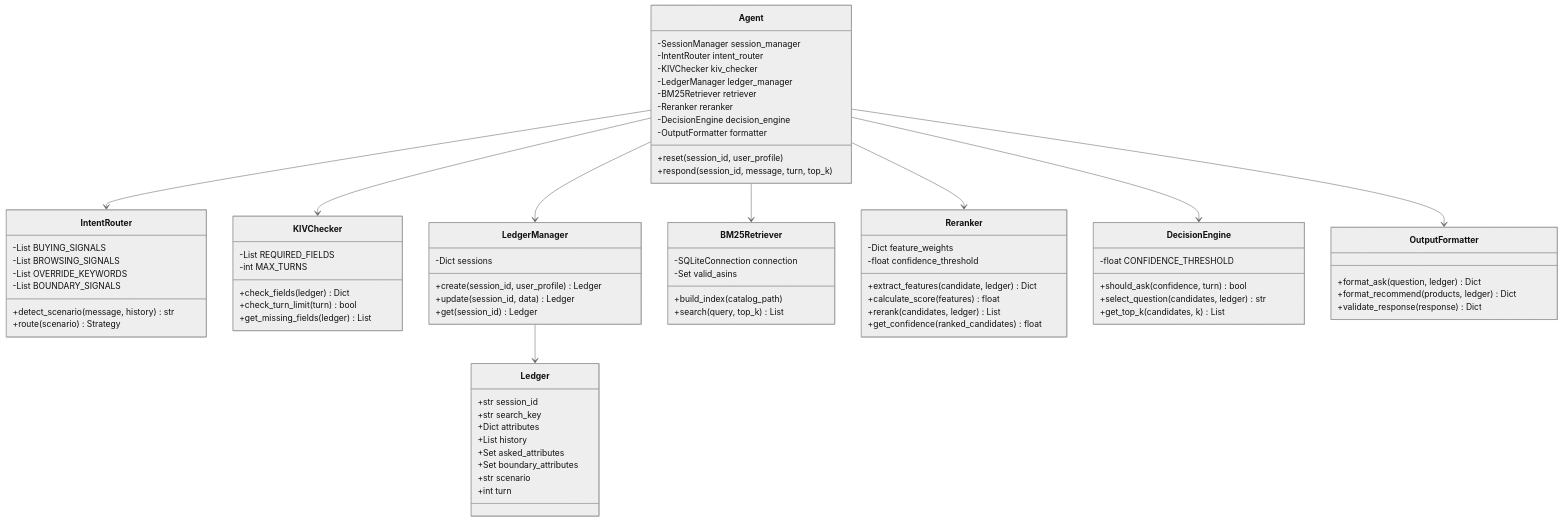
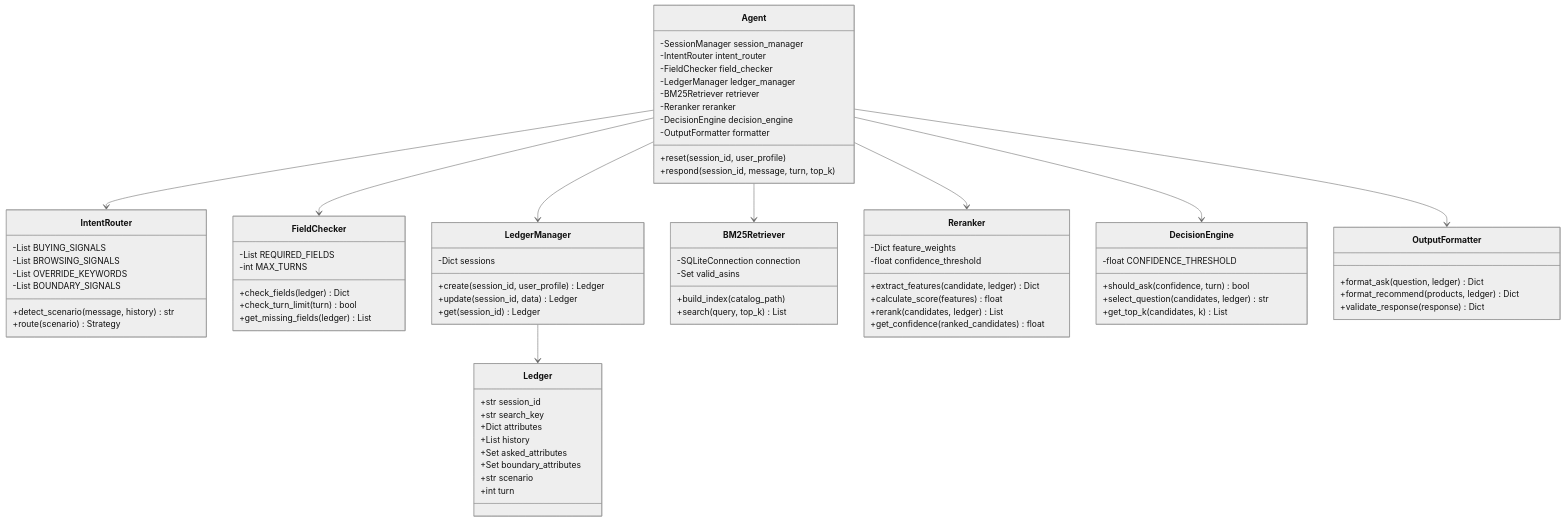
Before and after one commit to glentls/AI-Shopping-Copilot: the fifth of 5 diagrams in docs/diagrams/architecture.md, drawn with Mermaid (neutral theme). The commit also changed other lines of this file and 3 other files, not shown here.

```diff
--- a/docs/diagrams/architecture.md
+++ b/docs/diagrams/architecture.md
@@ -259,7 +259,7 @@
     class Agent {
         -SessionManager session_manager
         -IntentRouter intent_router
-        -KIVChecker kiv_checker
+        -FieldChecker field_checker
         -LedgerManager ledger_manager
         -BM25Retriever retriever
         -Reranker reranker
@@ -278,7 +278,7 @@
         +route(scenario) Strategy
     }
 
-    class KIVChecker {
+    class FieldChecker {
         -List REQUIRED_FIELDS
         -int MAX_TURNS
         +check_fields(ledger) Dict
@@ -334,7 +334,7 @@
     }
 
     Agent --> IntentRouter
-    Agent --> KIVChecker
+    Agent --> FieldChecker
     Agent --> LedgerManager
     Agent --> BM25Retriever
     Agent --> Reranker
```
